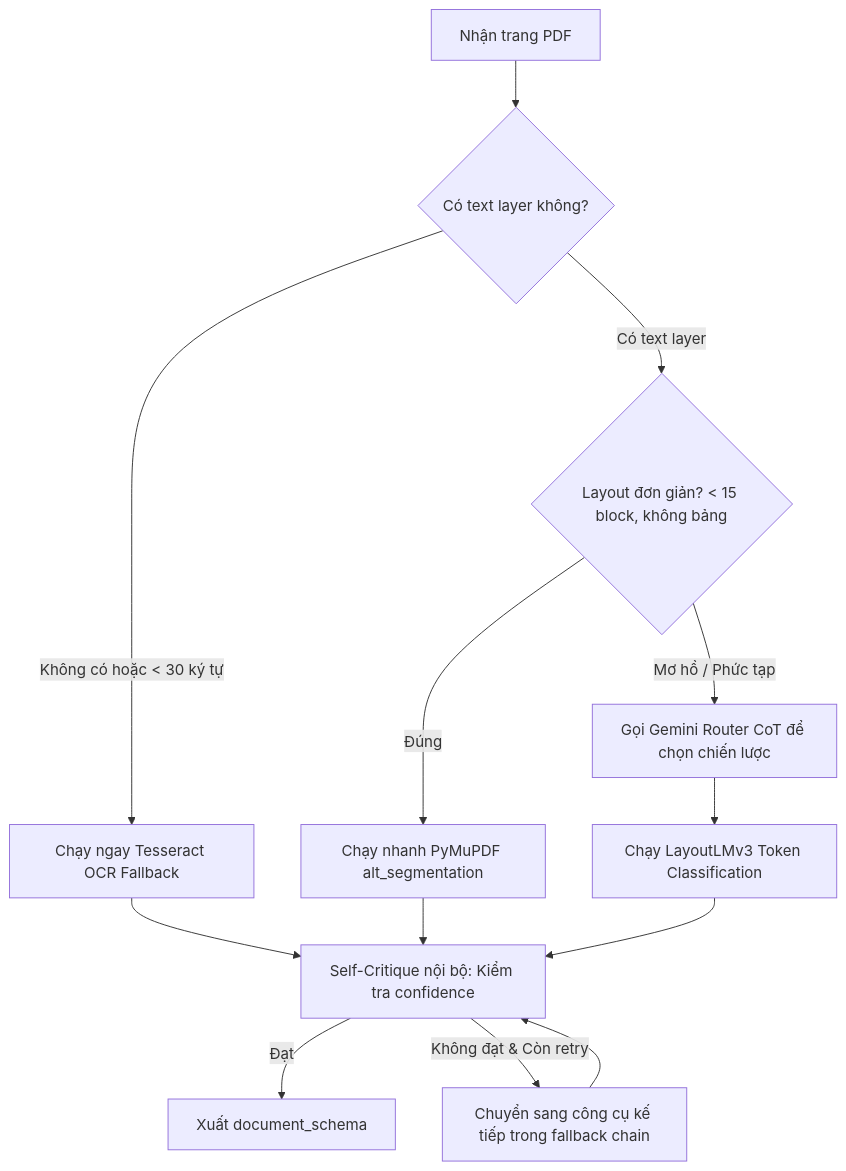
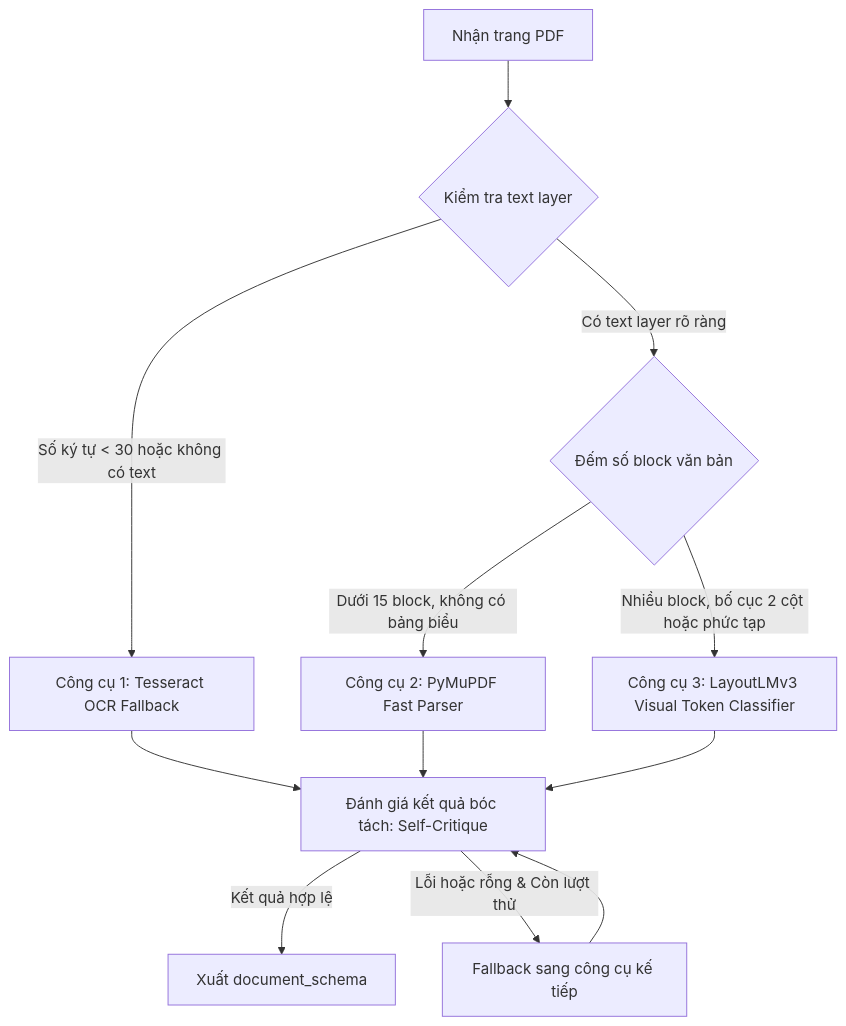
Before and after one commit to ducmanh-jr/Multi-Agent_RAG: the diagram in agents/agent2_reader/README.md, drawn with Mermaid. The commit also changed other lines of this file and 4 other files, not shown here.

````diff
--- a/agents/agent2_reader/README.md
+++ b/agents/agent2_reader/README.md
@@ -90,14 +75,13 @@
 ```mermaid
 flowchart TD
-    A[Nhận trang PDF] --> B{Có text layer không?}
-    B -- Không có hoặc < 30 ký tự --> C[Chạy ngay Tesseract OCR Fallback]
-    B -- Có text layer --> D{Layout đơn giản? < 15 block, không bảng}
-    D -- Đúng --> E[Chạy nhanh PyMuPDF alt_segmentation]
-    D -- Mơ hồ / Phức tạp --> F[Gọi Gemini Router CoT để chọn chiến lược]
-    F --> G[Chạy LayoutLMv3 Token Classification]
-    C --> H[Self-Critique nội bộ: Kiểm tra confidence]
-    E --> H
-    G --> H
-    H -- Đạt --> I[Xuất document_schema]
-    H -- Không đạt & Còn retry --> J[Chuyển sang công cụ kế tiếp trong fallback chain] --> H
+    A[Nhận trang PDF] --> B{Kiểm tra text layer}
+    B -- Số ký tự < 30 hoặc không có text --> C[Công cụ 1: Tesseract OCR Fallback]
+    B -- Có text layer rõ ràng --> D{Đếm số block văn bản}
+    D -- Dưới 15 block, không có bảng biểu --> E[Công cụ 2: PyMuPDF Fast Parser]
+    D -- Nhiều block, bố cục 2 cột hoặc phức tạp --> F[Công cụ 3: LayoutLMv3 Visual Token Classifier]
+    C --> G[Đánh giá kết quả bóc tách: Self-Critique]
+    E --> G
+    F --> G
+    G -- Kết quả hợp lệ --> H[Xuất document_schema]
+    G -- Lỗi hoặc rỗng & Còn lượt thử --> I[Fallback sang công cụ kế tiếp] --> G
 ```
````
